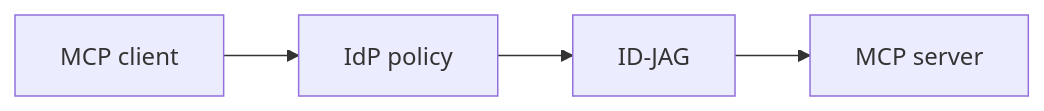
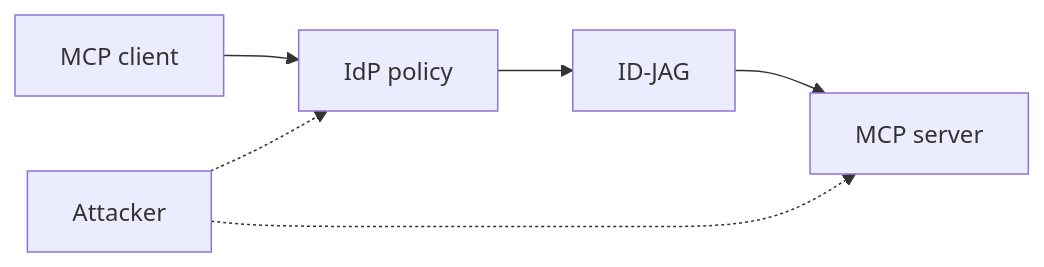
Before and after one commit to amoranio/Brief: the diagram in src/content/posts/mcp-access-is-now-an-idp-problem.md, drawn with Mermaid. The commit also changed other lines of this file and 31 other files, not shown here.

````diff
--- a/src/content/posts/mcp-access-is-now-an-idp-problem.md
+++ b/src/content/posts/mcp-access-is-now-an-idp-problem.md
@@ -20,7 +30,9 @@
 ```mermaid
-%% caption: The privilege decision sits at the IdP, not on a consent screen
+%% caption: The privilege decision sits at the IdP, so that is where the attacker aims
 flowchart LR
   client[MCP client] --> idp[IdP policy]
   idp --> jag[ID-JAG]
   jag --> server[MCP server]
+  attacker[Attacker] -.-> idp
+  attacker -.-> server
 ```
````
